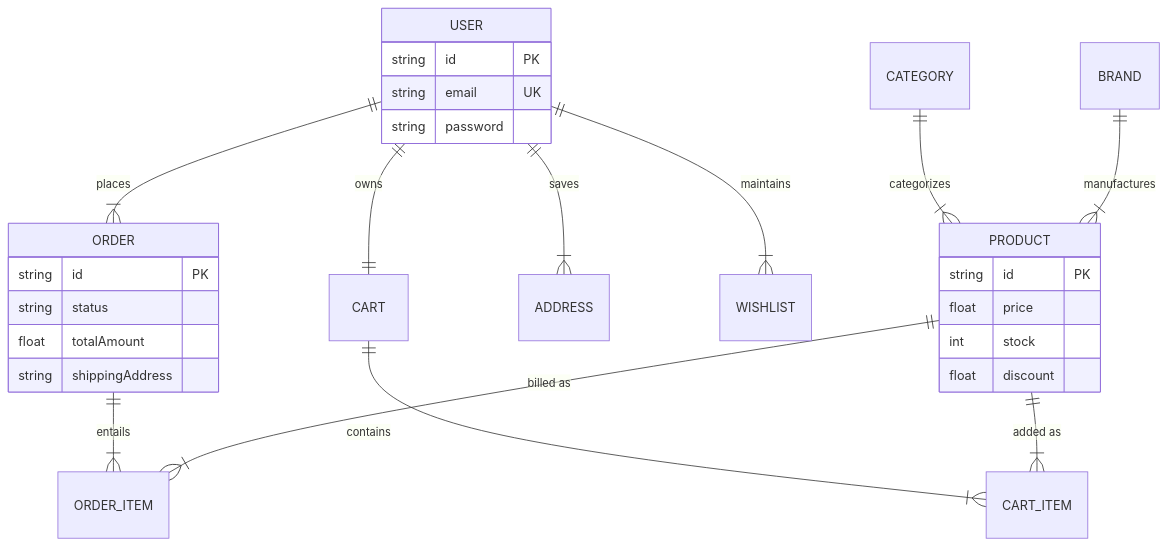
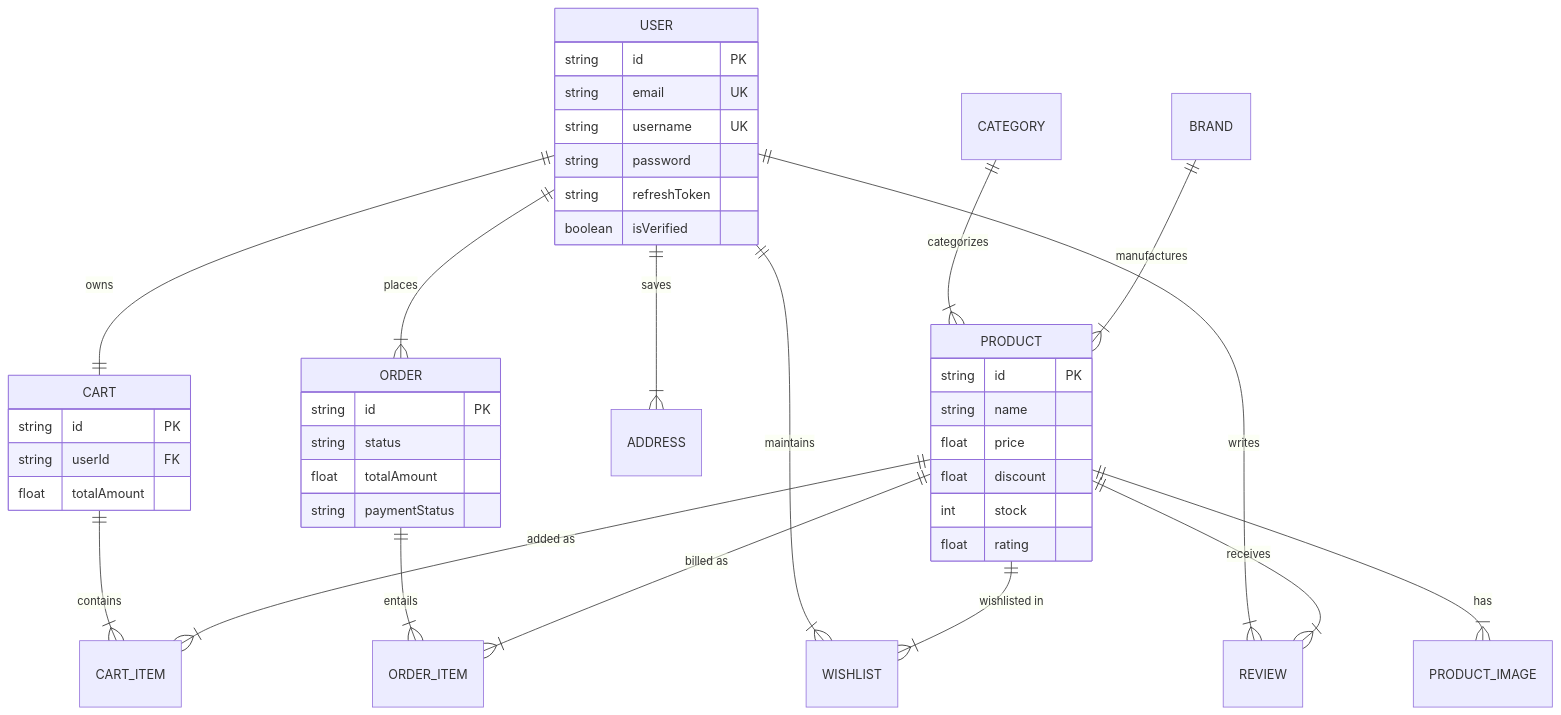
The first of 3 diagrams in README.md (Flamekaiser17/scalecart), drawn with Mermaid before and after one commit. The commit also changed other lines of this file and 2 other files, not shown here.

````diff
--- a/README.md
+++ b/README.md
@@ -34,31 +57,45 @@
 ```mermaid
 erDiagram
+    USER ||--|| CART : owns
     USER ||--|{ ORDER : places
-    USER ||--|| CART : owns
     USER ||--|{ ADDRESS : saves
     USER ||--|{ WISHLIST : maintains
+    USER ||--|{ REVIEW : writes
     CART ||--|{ CART_ITEM : contains
     ORDER ||--|{ ORDER_ITEM : entails
     PRODUCT ||--|{ CART_ITEM : "added as"
     PRODUCT ||--|{ ORDER_ITEM : "billed as"
+    PRODUCT ||--|{ PRODUCT_IMAGE : has
+    PRODUCT ||--|{ REVIEW : receives
+    PRODUCT ||--|{ WISHLIST : "wishlisted in"
     CATEGORY ||--|{ PRODUCT : categorizes
     BRAND ||--|{ PRODUCT : manufactures
 
     USER {
         string id PK
         string email UK
+        string username UK
         string password
+        string refreshToken
+        boolean isVerified
     }
     PRODUCT {
         string id PK
+        string name
         float price
+        float discount
         int stock
-        float discount
+        float rating
     }
     ORDER {
         string id PK
         string status
         float totalAmount
-        string shippingAddress
+        string paymentStatus
+    }
+    CART {
+        string id PK
+        string userId FK
+        float totalAmount
     }
 ```
````
